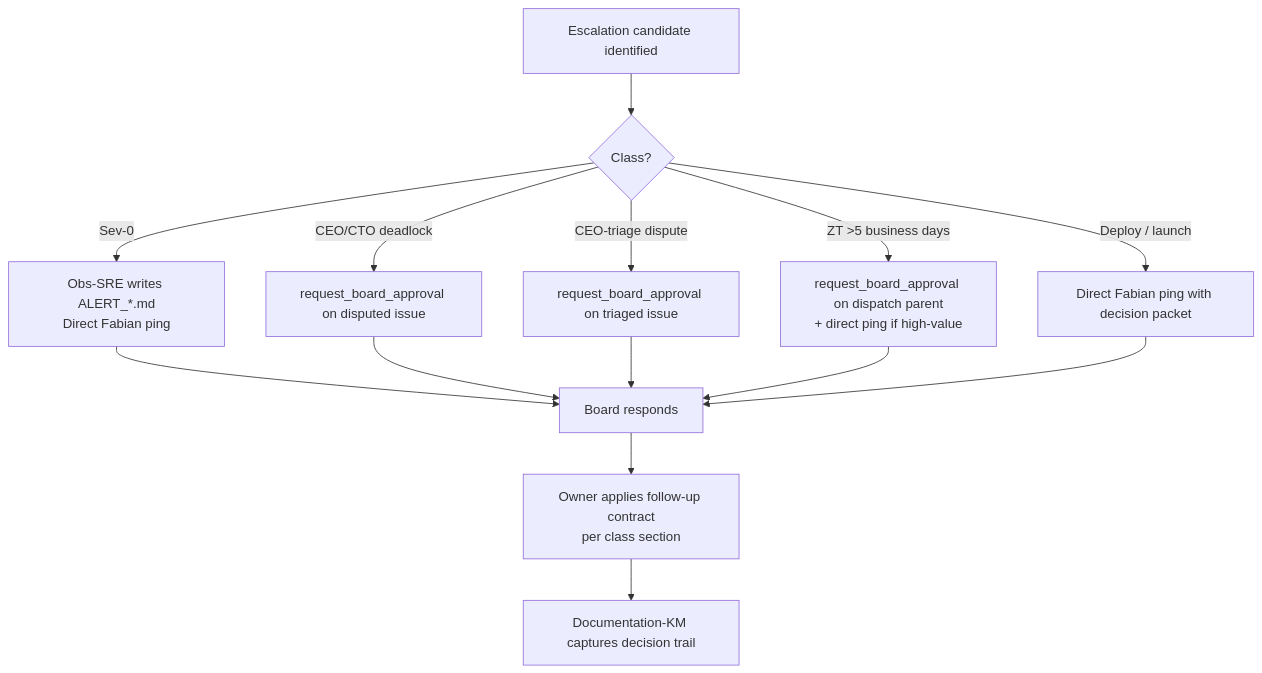
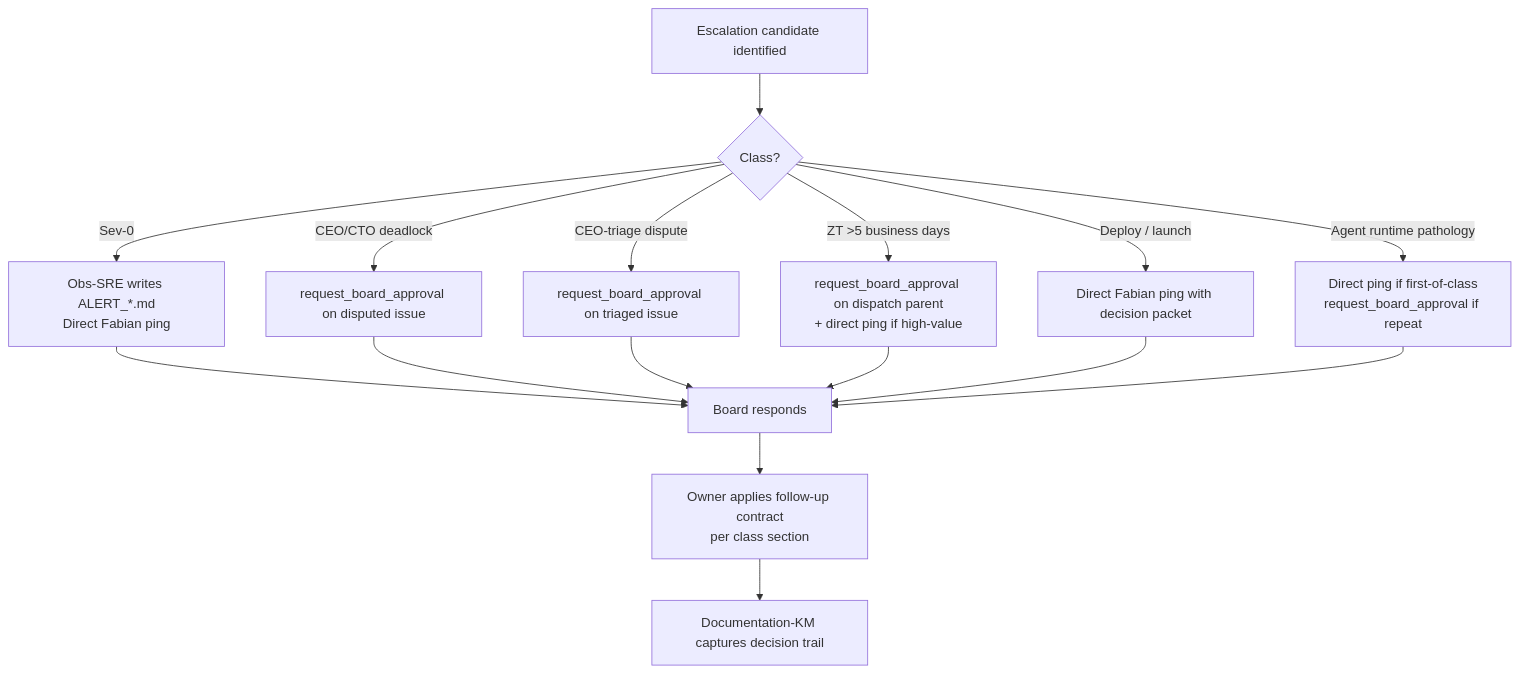
One commit to QuantMechanica/VPS-PortfolioBuild changed the diagram in processes/12-board-escalation.md. Above: the diagram before and after it, drawn with Mermaid. The commit also changed other lines of this file and 3 other files, not shown here.

````diff
--- a/processes/12-board-escalation.md
+++ b/processes/12-board-escalation.md
@@ -66,16 +74,18 @@
 ```mermaid
 flowchart TD
     A[Escalation candidate identified] --> B{Class?}
     B -- Sev-0 --> S0[Obs-SRE writes ALERT_*.md<br/>Direct Fabian ping]
     B -- CEO/CTO deadlock --> S1[request_board_approval on disputed issue]
     B -- CEO-triage dispute --> S2[request_board_approval on triaged issue]
     B -- ZT >5 business days --> S3[request_board_approval on dispatch parent<br/>+ direct ping if high-value]
     B -- Deploy / launch --> S4[Direct Fabian ping with decision packet]
+    B -- Agent runtime pathology --> S5[Direct ping if first-of-class<br/>request_board_approval if repeat]
     S0 --> R[Board responds]
     S1 --> R
     S2 --> R
     S3 --> R
     S4 --> R
+    S5 --> R
     R --> F[Owner applies follow-up contract<br/>per class section]
     F --> D[Documentation-KM captures decision trail]
 ```
````
